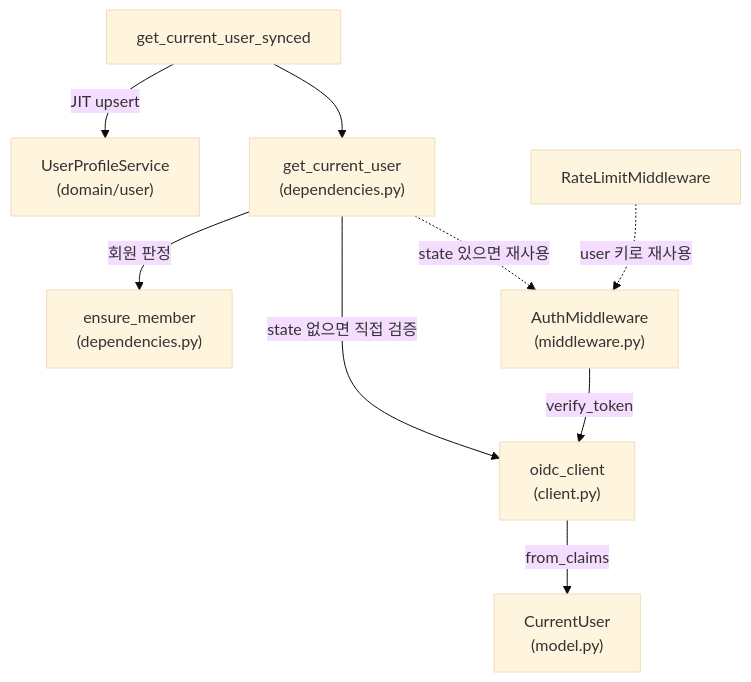
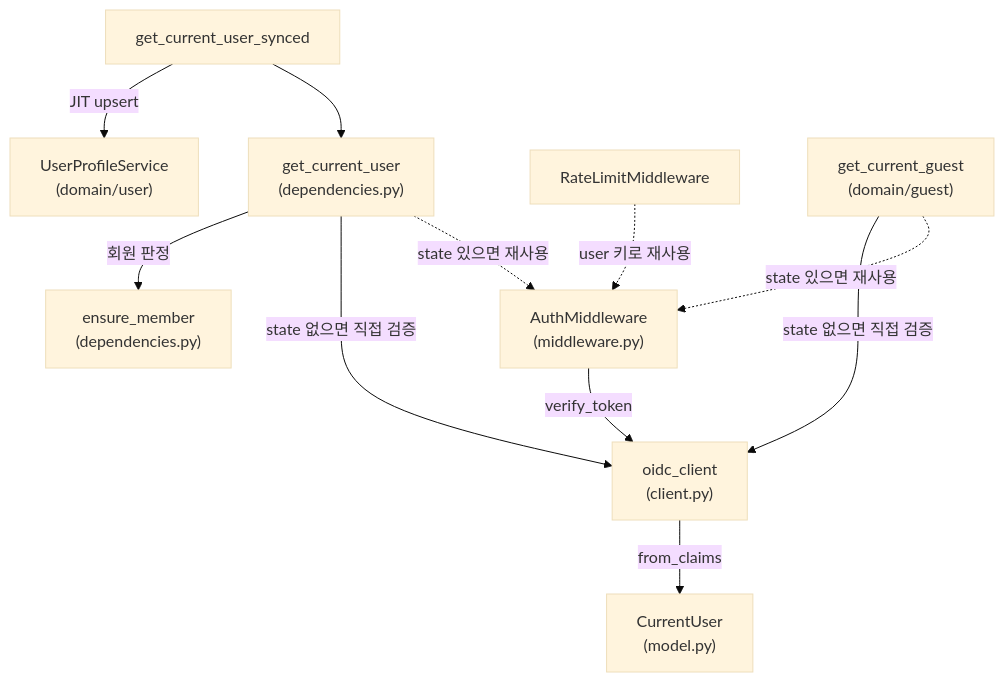
One commit to onprem-hipster-timer/backend changed the third of 3 diagrams in docs/guides/auth.ko.md. Above: the diagram before and after it, drawn with Mermaid (base theme). The commit also changed other lines of this file and 1 other file, not shown here.

Commit message:
docs(guest): 게스트 도메인의 객체 의존성을 그림으로 적는다

````diff
--- a/docs/guides/auth.ko.md
+++ b/docs/guides/auth.ko.md
@@ -234,11 +234,13 @@
 ```mermaid
 graph TD
     MW["AuthMiddleware<br/>(middleware.py)"] -->|verify_token| OC["oidc_client<br/>(client.py)"]
     DEP["get_current_user<br/>(dependencies.py)"] -.->|state 있으면 재사용| MW
     DEP -->|state 없으면 직접 검증| OC
     SYNC["get_current_user_synced"] --> DEP
     DEP -->|회원 판정| EM["ensure_member<br/>(dependencies.py)"]
     SYNC -->|JIT upsert| UPS["UserProfileService<br/>(domain/user)"]
     OC -->|from_claims| CU["CurrentUser<br/>(model.py)"]
     RL["RateLimitMiddleware"] -.->|user 키로 재사용| MW
+    GG["get_current_guest<br/>(domain/guest)"] -.->|state 있으면 재사용| MW
+    GG -->|state 없으면 직접 검증| OC
 ```
````
